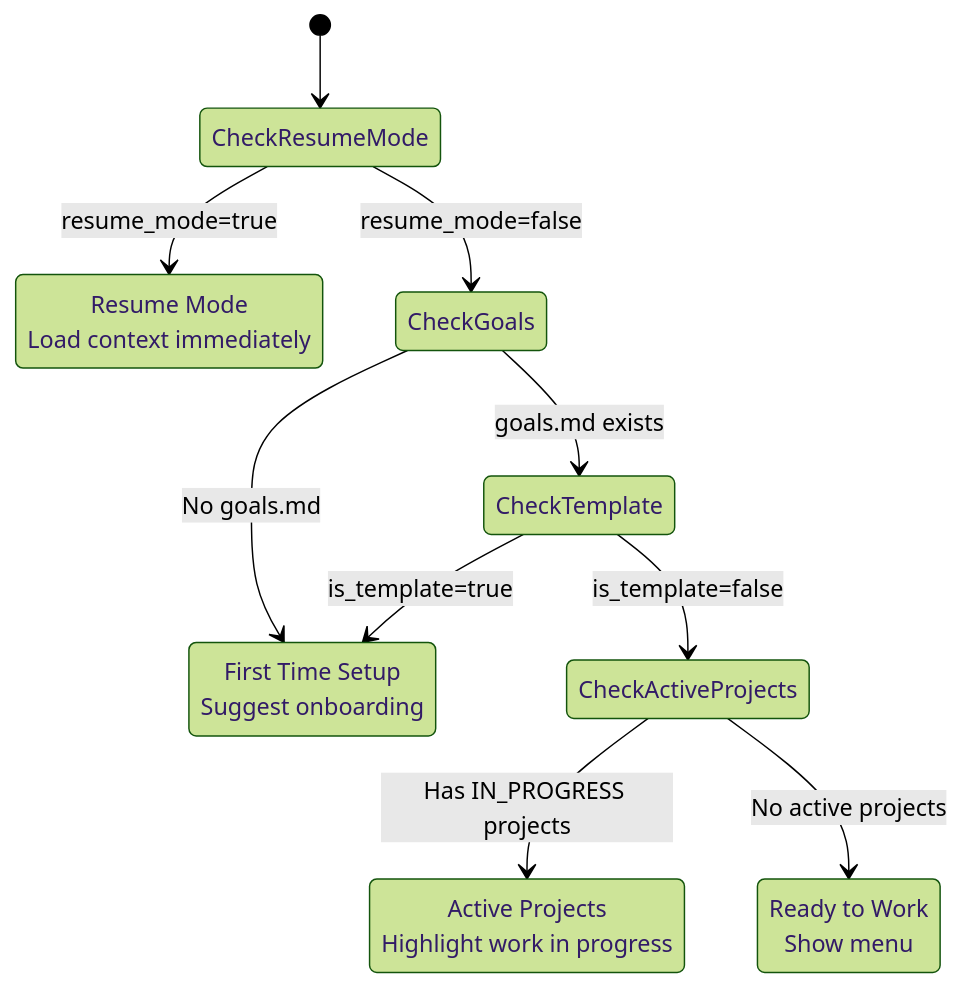
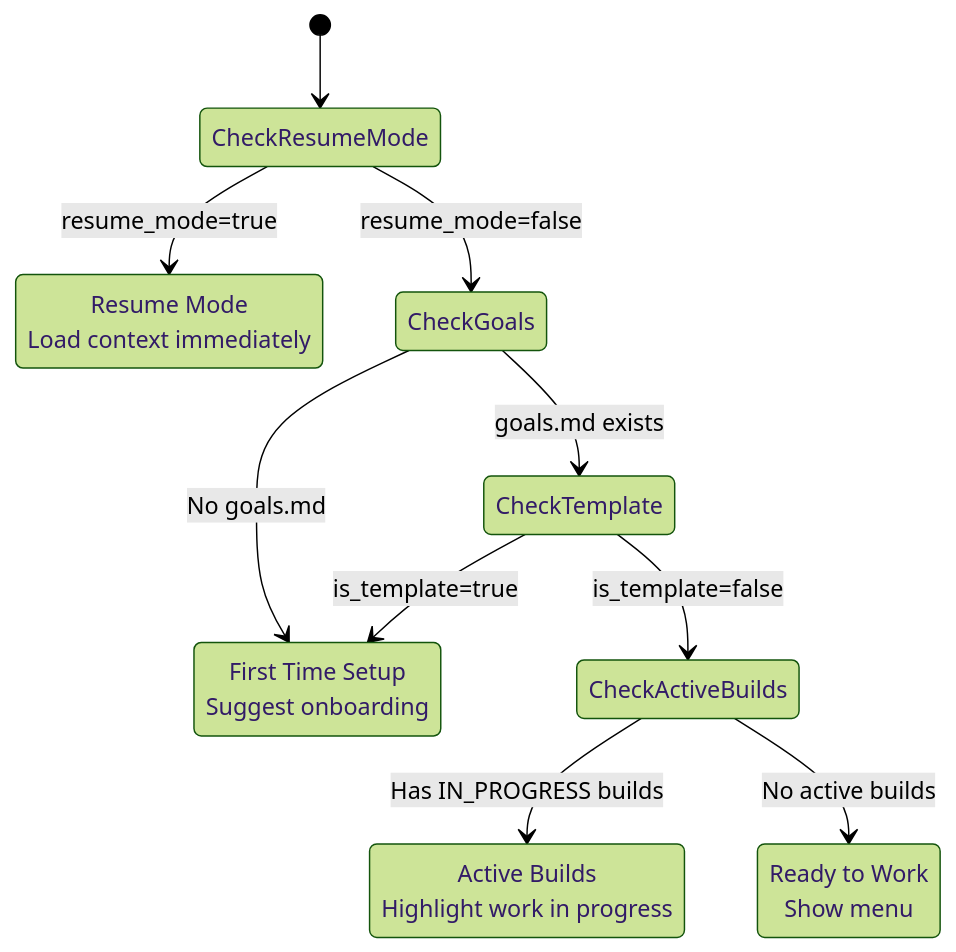
Before and after one commit to DorianSchlede/nexus-template: the fifth of 7 diagrams in 00-system/core/nexus/ARCHITECTURE.md, drawn with Mermaid (forest theme). The commit also changed other lines of this file and 607 other files, not shown here.

First line of the commit message:
Nexus v5: Complete system overhaul - builds replace projects

````diff
--- a/00-system/core/nexus/ARCHITECTURE.md
+++ b/00-system/core/nexus/ARCHITECTURE.md
@@ -279,21 +279,21 @@
 ```mermaid
 stateDiagram-v2
     [*] --> CheckResumeMode
 
     CheckResumeMode --> RESUME: resume_mode=true
     CheckResumeMode --> CheckGoals: resume_mode=false
 
     CheckGoals --> FIRST_TIME_WITH_DEFAULTS: No goals.md
     CheckGoals --> CheckTemplate: goals.md exists
 
     CheckTemplate --> FIRST_TIME_WITH_DEFAULTS: is_template=true
-    CheckTemplate --> CheckActiveProjects: is_template=false
+    CheckTemplate --> CheckActiveBuilds: is_template=false
 
-    CheckActiveProjects --> OPERATIONAL_WITH_ACTIVE_PROJECTS: Has IN_PROGRESS projects
-    CheckActiveProjects --> OPERATIONAL: No active projects
+    CheckActiveBuilds --> OPERATIONAL_WITH_ACTIVE_BUILDS: Has IN_PROGRESS builds
+    CheckActiveBuilds --> OPERATIONAL: No active builds
 
     RESUME: Resume Mode<br/>Load context immediately
     FIRST_TIME_WITH_DEFAULTS: First Time Setup<br/>Suggest onboarding
-    OPERATIONAL_WITH_ACTIVE_PROJECTS: Active Projects<br/>Highlight work in progress
+    OPERATIONAL_WITH_ACTIVE_BUILDS: Active Builds<br/>Highlight work in progress
     OPERATIONAL: Ready to Work<br/>Show menu
 ```
````
